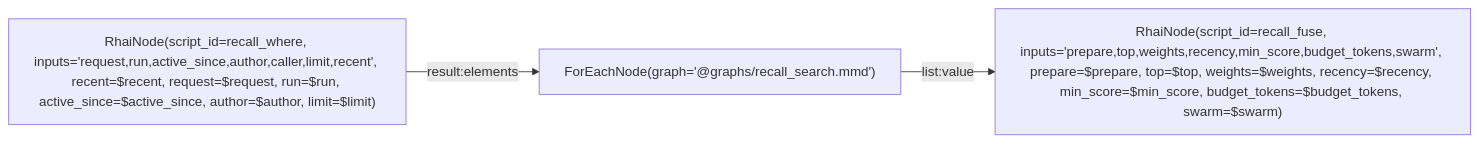
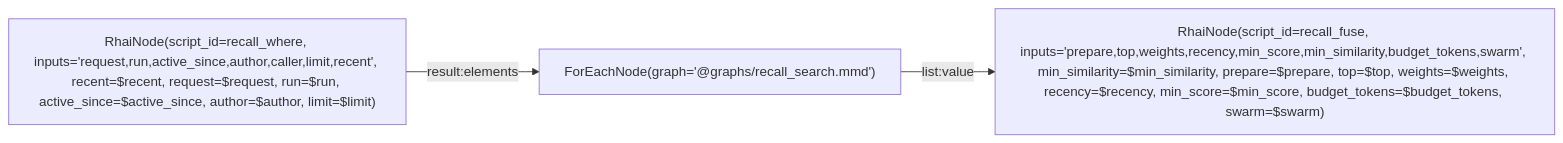
Before and after one commit to L-Defraiteur/rag3db: the diagram in extension/rag3weaver/templates/backends/memory/graphs/recall_for_request.mmd, drawn with Mermaid. The commit also changed 2 other files, not shown here.

Commit message:
fix(rag3weaver,memoire): recall_for_request ne rappelle que sur preuve — un signal lexical l'a trouvé, ou sa similarité dense atteint min_similarity (déclaré) ; le retour dit ce que chaque signal a dit de chaque passage (passages) ; une sonde imprime la similarité de demandes sans rapport, pour la mesure du seuil

```diff
--- a/extension/rag3weaver/templates/backends/memory/graphs/recall_for_request.mmd
+++ b/extension/rag3weaver/templates/backends/memory/graphs/recall_for_request.mmd
@@ -1,23 +1,24 @@
 %% tool: recall_for_request
-%% description: The automatic recall of a turn (the context policy of the code agent, 23 November 2026): for the request of the turn, searches the turns of the windows already summarised (before active_since, never a passage in clear), then the L1 apports, then the cards; fuses them by weighted rank (turns 1.0 × recency, apports 0.85 × recency, cards 0.7 by default) and renders the best passages in full as a block labelled « Rappel automatique », placed last in the context by the host; nothing under the threshold. prepare « direct »: the request as it is, no model call. Returns {block|null, mode, sources, degraded|null, swarm}.
+%% description: The automatic recall of a turn (the context policy of the code agent, 23 November 2026): for the request of the turn, searches the turns of the windows already summarised (before active_since, never a passage in clear), then the L1 apports, then the cards; fuses them by weighted rank (turns 1.0 × recency, apports 0.85 × recency, cards 0.7 by default) and renders the best passages in full as a block labelled « Rappel automatique », placed last in the context by the host; nothing under the threshold. prepare « direct »: the request as it is, no model call. Returns {block|null, mode, sources, passages (what each signal said of each recalled passage), degraded|null, swarm}.
 %% param: request string! -- The request of the turn, in full.
 %% param: run string = "" -- The run the turns of this conversation are filed under (« <task>:<parent> »); empty: no turn is searched.
 %% param: active_since string = "" -- The time (at) of the first line of the oldest window still in clear, ISO 8601: only the turns said before it are searched. Empty: no window is summarised yet, no turn is searched.
 %% param: recent json = [] -- The last lines of the conversation ({role, text, at, id}); read by the preparation (prepare « model »), not by « direct ».
 %% param: prepare string = "direct" -- « direct »: the request as it is, no model call. « model »: a small local model prepares the search (to come; until then the recall runs direct and says so in degraded).
 %% param: author string = "" -- Only what this author wrote: « me » (the agent this call is made for), an agent key, or « * » / empty for every author.
 %% param: swarm string = "" -- Only this swarm: « mine », a name, or « * » / empty. Accepted before the swarms exist: it filters nothing, and the answer says swarm null.
 %% param: top int = 2 -- How many passages are given in full.
 %% param: limit int = 10 -- How many hits each source gives to the fusion.
 %% param: weights json = {"turns": 1.0, "apports": 0.85, "cards": 0.7} -- The weight of each source in the fusion.
 %% param: recency json = {"turns": 0.15, "apports": 0.1} -- How fast a hit loses weight with its age among the hits of its source (0: no decay).
-%% param: min_score float = 0.0 -- A hit whose own search score is under it is not recalled (no recall to fill).
+%% param: min_score float = 0.0 -- A hit whose fused search score is under it is not recalled.
+%% param: min_similarity float = 0.5 -- A hit found by the dense signal alone is recalled only if its similarity reaches it (no nearest neighbour recalled to fill); a lexical hit (bm25, sparse) is evidence enough. To be set by the bench on labelled requests.
 %% param: budget_tokens int = 1500 -- The bound of the block, about 4 characters per token, shared by its passages.
 %% result: fuse.result
 
 graph LR
     where["RhaiNode(script_id=recall_where, inputs='request,run,active_since,author,caller,limit,recent', recent=$recent, request=$request, run=$run, active_since=$active_since, author=$author, limit=$limit)"]
     search["ForEachNode(graph='@graphs/recall_search.mmd')"]
-    fuse["RhaiNode(script_id=recall_fuse, inputs='prepare,top,weights,recency,min_score,budget_tokens,swarm', prepare=$prepare, top=$top, weights=$weights, recency=$recency, min_score=$min_score, budget_tokens=$budget_tokens, swarm=$swarm)"]
+    fuse["RhaiNode(script_id=recall_fuse, inputs='prepare,top,weights,recency,min_score,min_similarity,budget_tokens,swarm', min_similarity=$min_similarity, prepare=$prepare, top=$top, weights=$weights, recency=$recency, min_score=$min_score, budget_tokens=$budget_tokens, swarm=$swarm)"]
     where -->|result:elements| search
     search -->|list:value| fuse
```
